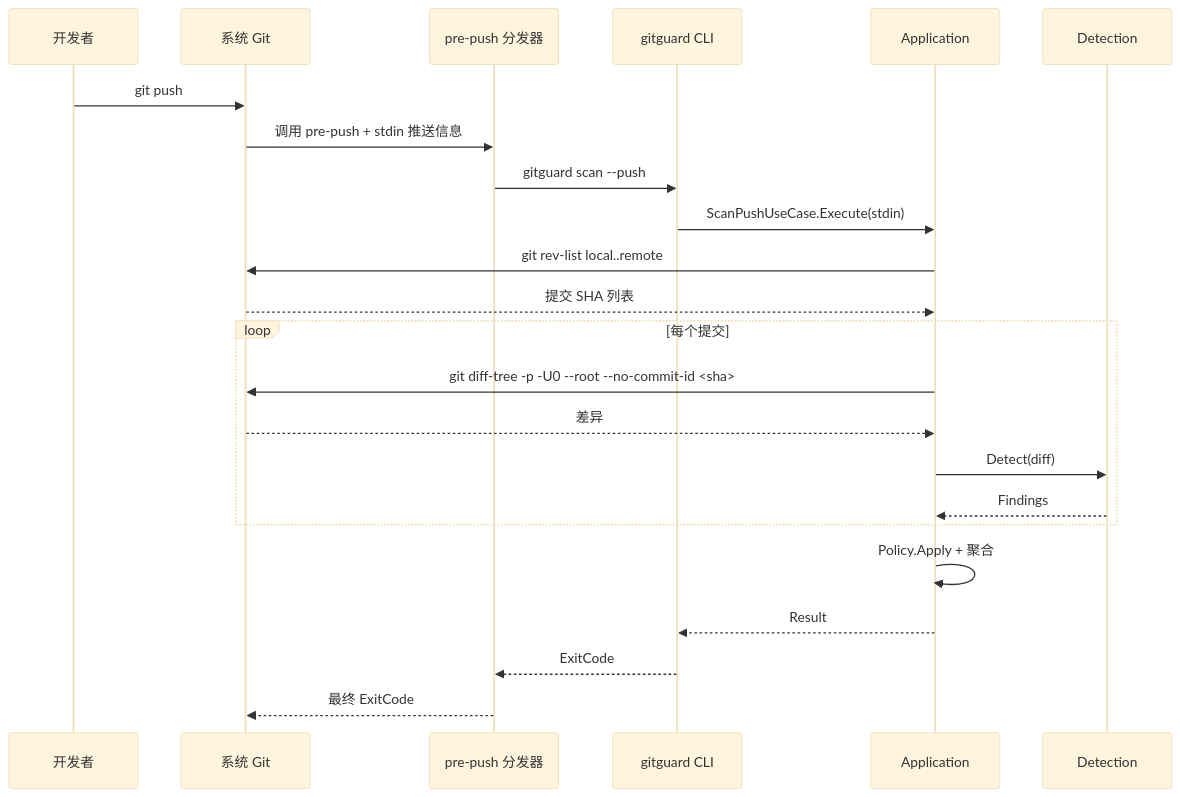
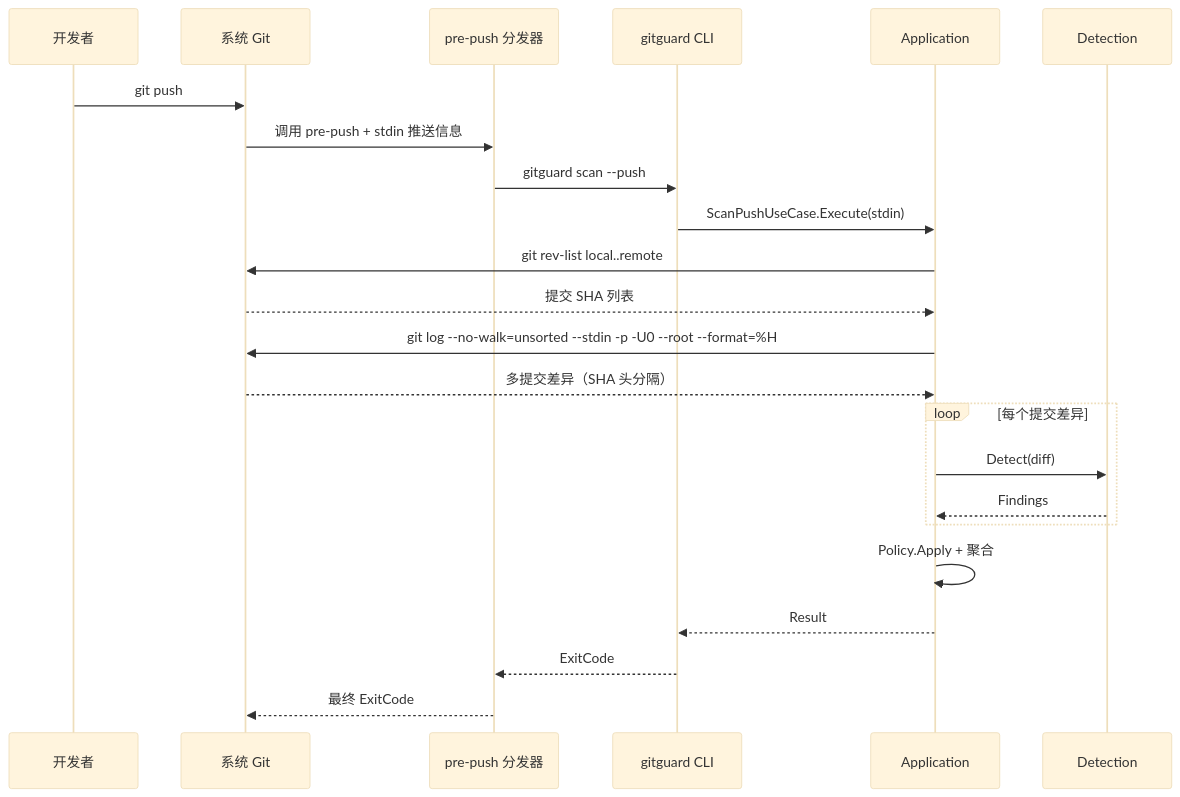
Before and after one commit to Camefor/GitGuard: the fourth of 6 diagrams in docs/03-系统架构设计(SAD).md, drawn with Mermaid (base theme). The commit also changed other lines of this file and 15 other files, not shown here.

````diff
--- a/docs/03-系统架构设计(SAD).md
+++ b/docs/03-系统架构设计(SAD).md
@@ -200,26 +200,26 @@
 ```mermaid
 sequenceDiagram
     participant Dev as 开发者
     participant Git as 系统 Git
     participant Hook as pre-push 分发器
     participant Cli as gitguard CLI
     participant App as Application
     participant Det as Detection
 
     Dev->>Git: git push
     Git->>Hook: 调用 pre-push + stdin 推送信息
     Hook->>Cli: gitguard scan --push
     Cli->>App: ScanPushUseCase.Execute(stdin)
     App->>Git: git rev-list local..remote
     Git-->>App: 提交 SHA 列表
-    loop 每个提交
-        App->>Git: git diff-tree -p -U0 --root --no-commit-id <sha>
-        Git-->>App: 差异
+    App->>Git: git log --no-walk=unsorted --stdin -p -U0 --root --format=%H
+    Git-->>App: 多提交差异（SHA 头分隔）
+    loop 每个提交差异
         App->>Det: Detect(diff)
         Det-->>App: Findings
     end
     App->>App: Policy.Apply + 聚合
     App-->>Cli: Result
     Cli-->>Hook: ExitCode
     Hook-->>Git: 最终 ExitCode
 ```
````
